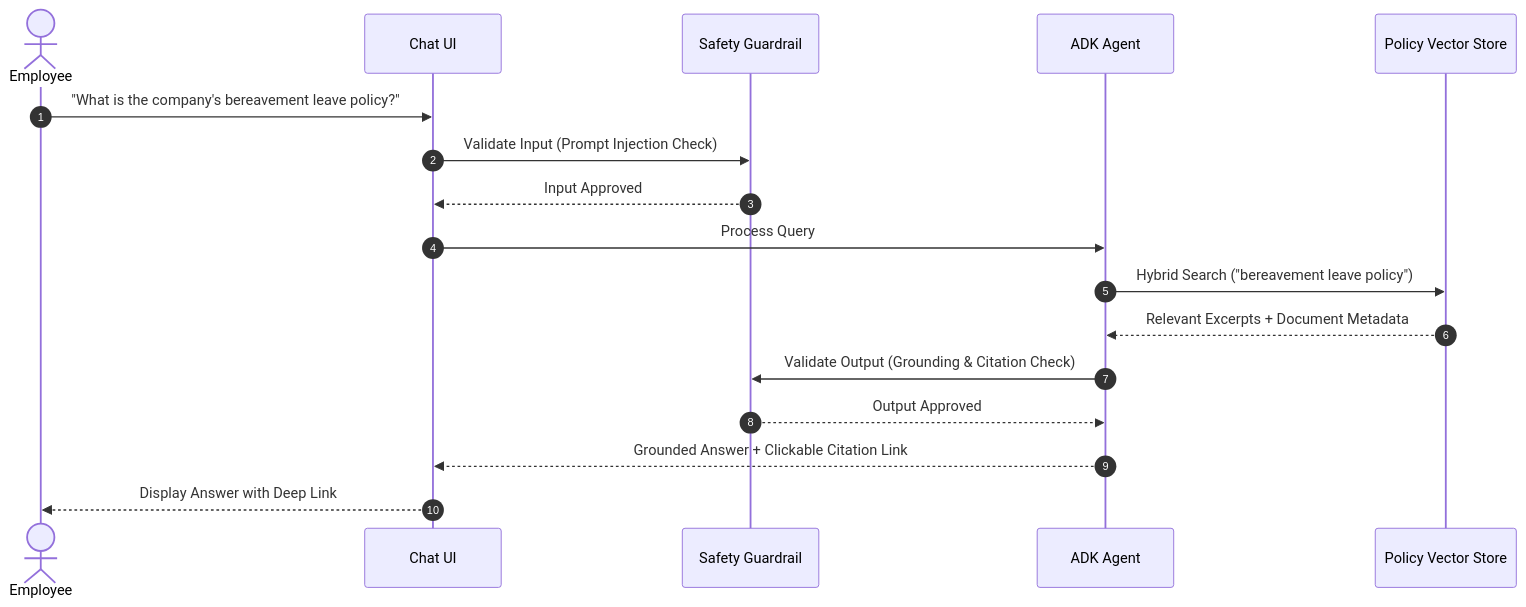
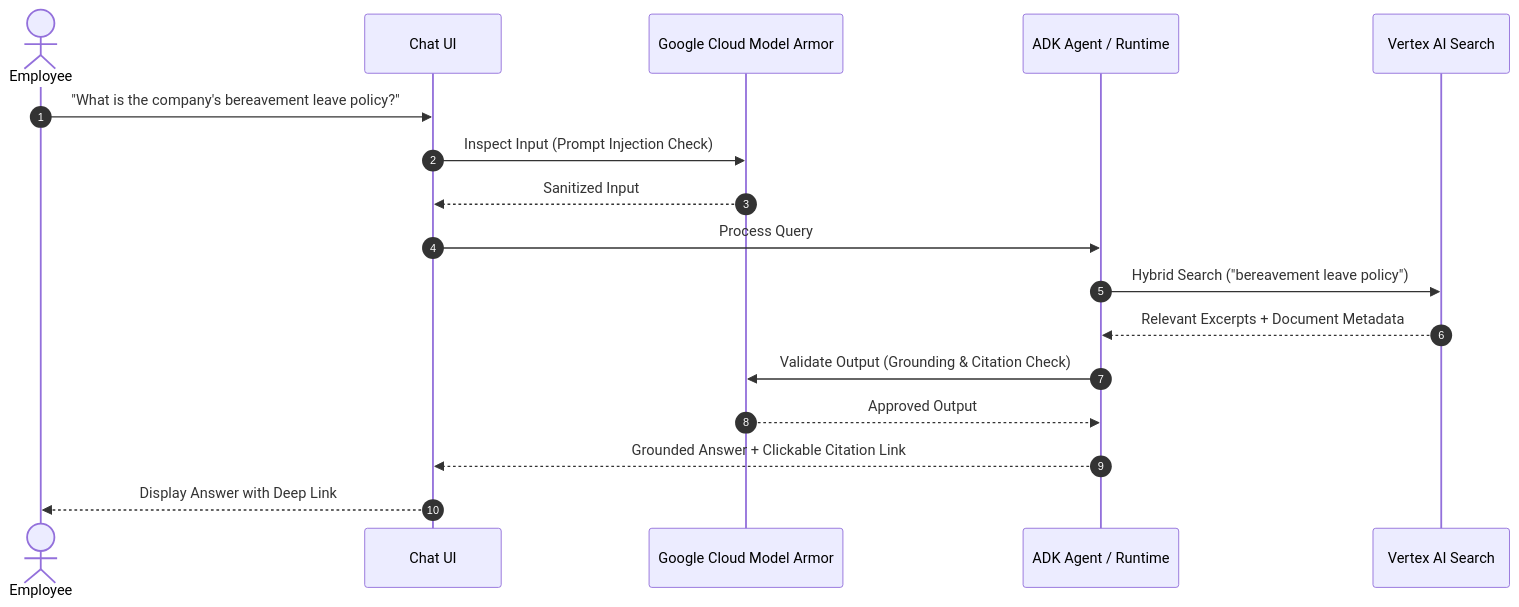
Before and after one commit to yangwhale/elevate-bj-g4: the second of 6 diagrams in SDD_Project_Elevate.md, drawn with Mermaid. The commit also changed other lines of this file, not shown here.

Commit message:
Update SDD with Google Cloud Model Armor, Vertex AI Search RAG, and Agent Runtime Session Service

````diff
--- a/SDD_Project_Elevate.md
+++ b/SDD_Project_Elevate.md
@@ -111,20 +115,20 @@
 ```mermaid
 sequenceDiagram
     autonumber
     actor Employee
     participant UI as Chat UI
-    participant Guard as Safety Guardrail
-    participant Agent as ADK Agent
-    participant RAG as Policy Vector Store
+    participant Armor as Google Cloud Model Armor
+    participant Agent as ADK Agent / Runtime
+    participant RAG as Vertex AI Search
 
     Employee->>UI: "What is the company's bereavement leave policy?"
-    UI->>Guard: Validate Input (Prompt Injection Check)
-    Guard-->>UI: Input Approved
+    UI->>Armor: Inspect Input (Prompt Injection Check)
+    Armor-->>UI: Sanitized Input
     UI->>Agent: Process Query
     Agent->>RAG: Hybrid Search ("bereavement leave policy")
     RAG-->>Agent: Relevant Excerpts + Document Metadata
-    Agent->>Guard: Validate Output (Grounding & Citation Check)
-    Guard-->>Agent: Output Approved
+    Agent->>Armor: Validate Output (Grounding & Citation Check)
+    Armor-->>Agent: Approved Output
     Agent-->>UI: Grounded Answer + Clickable Citation Link
     UI-->>Employee: Display Answer with Deep Link
 ```
````
